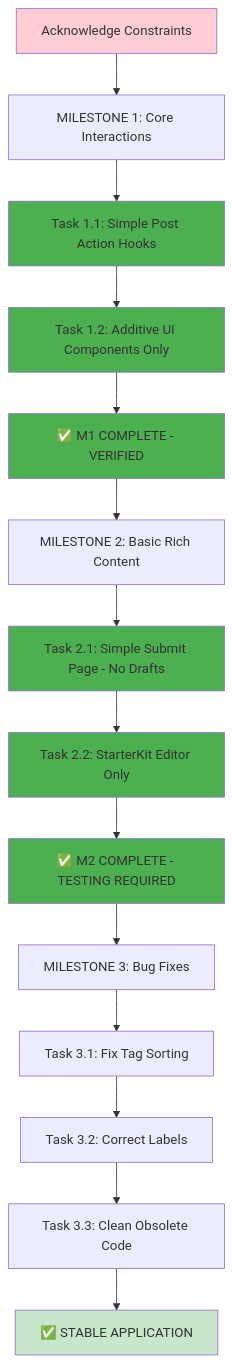
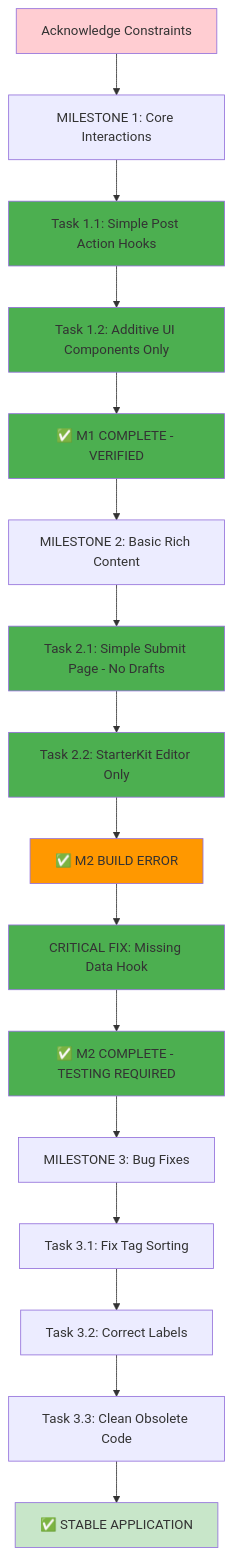
One commit to AltKhyin/app-documentation-compass changed the diagram in docs/README-BÍBLIA.md. Above: the diagram before and after it, drawn with Mermaid. The commit also changed other lines of this file and 1 other file, not shown here.

````diff
--- a/docs/README-BÍBLIA.md
+++ b/docs/README-BÍBLIA.md
@@ -276,29 +285,33 @@
 ```mermaid
 graph TD
     A[Acknowledge Constraints] --> B[MILESTONE 1: Core Interactions]
     
     B --> C[Task 1.1: Simple Post Action Hooks] 
     C --> D[Task 1.2: Additive UI Components Only]
     
     D --> E[✅ M1 COMPLETE - VERIFIED] --> F[MILESTONE 2: Basic Rich Content]
     
     F --> G[Task 2.1: Simple Submit Page - No Drafts]
     G --> H[Task 2.2: StarterKit Editor Only]
     
-    H --> I[✅ M2 COMPLETE - TESTING REQUIRED] --> J[MILESTONE 3: Bug Fixes]
+    H --> I[✅ M2 BUILD ERROR] --> J[CRITICAL FIX: Missing Data Hook]
     
-    J --> K[Task 3.1: Fix Tag Sorting]
-    K --> L[Task 3.2: Correct Labels]
-    L --> M[Task 3.3: Clean Obsolete Code]
+    J --> K[✅ M2 COMPLETE - TESTING REQUIRED] --> L[MILESTONE 3: Bug Fixes]
     
-    M --> N[✅ STABLE APPLICATION]
+    L --> M[Task 3.1: Fix Tag Sorting]
+    M --> N[Task 3.2: Correct Labels]
+    N --> O[Task 3.3: Clean Obsolete Code]
+    
+    O --> P[✅ STABLE APPLICATION]
     
     style A fill:#ffcdd2
     style E fill:#4caf50
-    style I fill:#4caf50
-    style N fill:#c8e6c9
+    style I fill:#ff9800
+    style J fill:#4caf50
+    style K fill:#4caf50
+    style P fill:#c8e6c9
     style C fill:#4caf50
     style D fill:#4caf50
     style G fill:#4caf50
     style H fill:#4caf50
 ```
````
